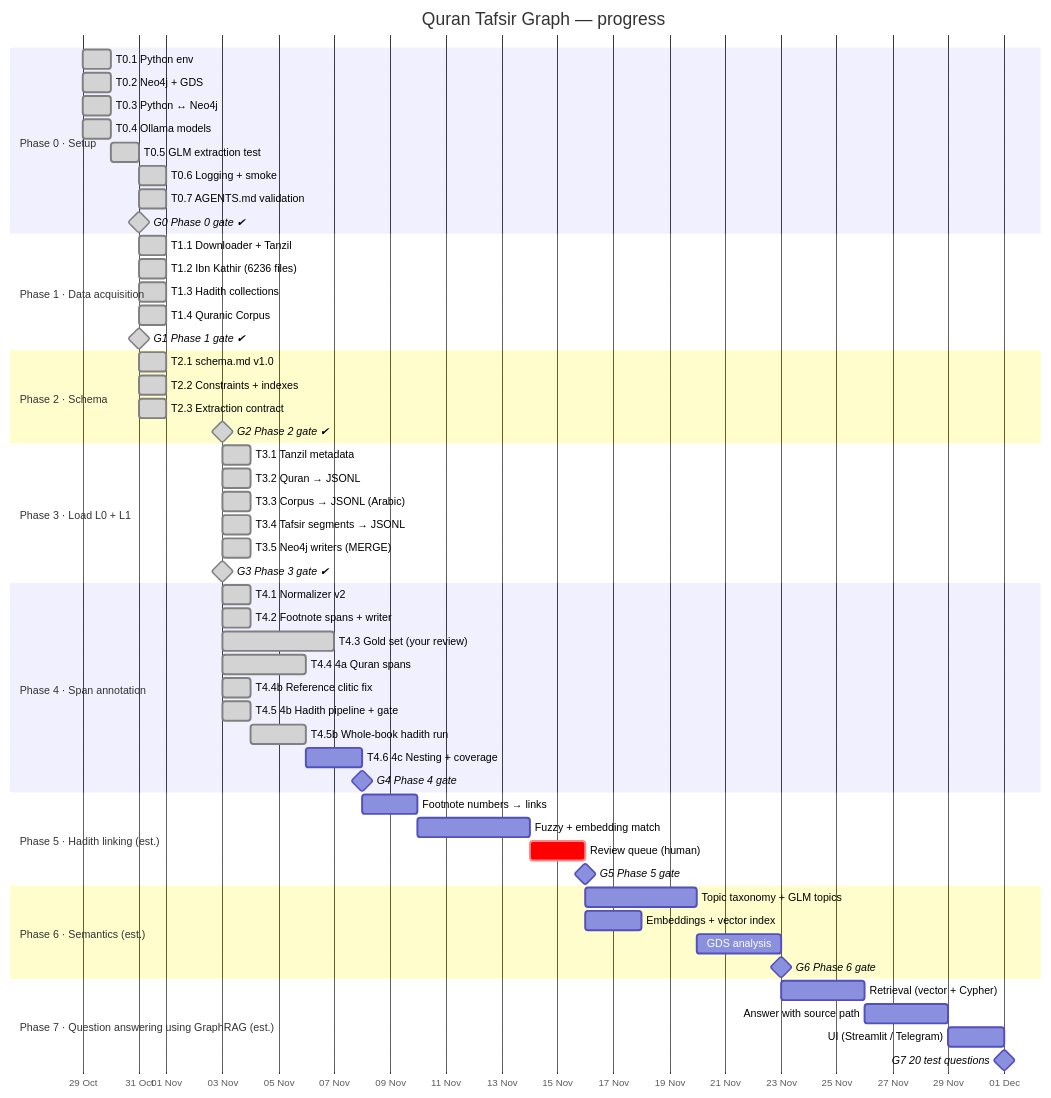
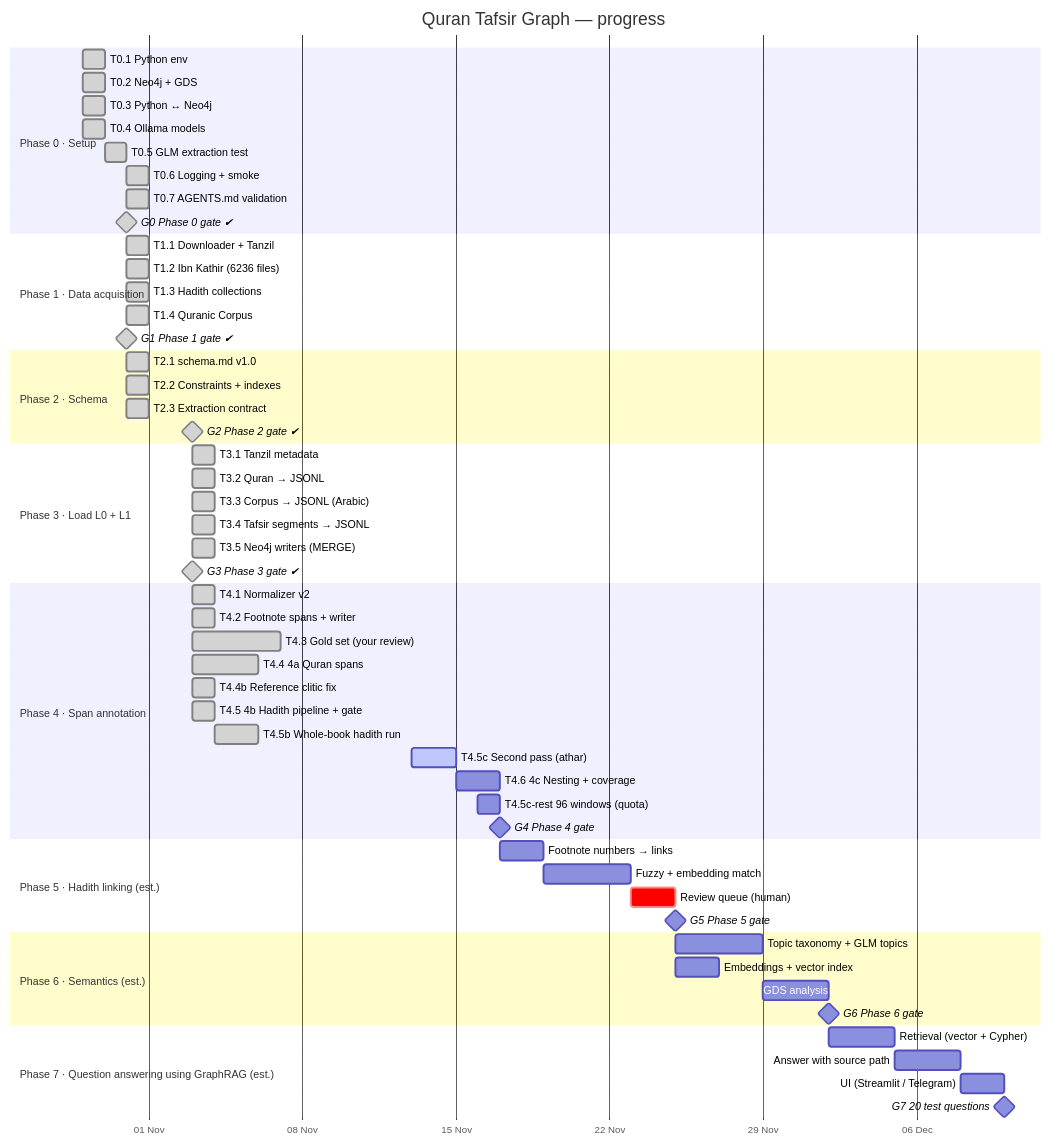
One commit to mohamed-soubhi/quran-graph changed the diagram in docs/GANTT.md. Above: the diagram before and after it, drawn with Mermaid. The commit also changed other lines of this file and 8 other files, not shown here.

First line of the commit message:
T4.5c: Claude review of the second pass; T4.5c-rest follow-up for 96 quota-stopped windows

````diff
--- a/docs/GANTT.md
+++ b/docs/GANTT.md
@@ -9,67 +9,69 @@
 ```mermaid
 gantt
     title Quran Tafsir Graph — progress
     dateFormat YYYY-MM-DD
     axisFormat %d %b
     todayMarker stroke-width:3px,stroke:#d33
 
     section Phase 0 · Setup
     T0.1 Python env                 :done, t01, 2026-10-29, 1d
     T0.2 Neo4j + GDS                :done, t02, 2026-10-29, 1d
     T0.3 Python ↔ Neo4j             :done, t03, 2026-10-29, 1d
     T0.4 Ollama models              :done, t04, 2026-10-29, 1d
     T0.5 GLM extraction test        :done, t05, 2026-10-30, 1d
     T0.6 Logging + smoke            :done, t06, 2026-10-31, 1d
     T0.7 AGENTS.md validation       :done, t07, 2026-10-31, 1d
     G0 Phase 0 gate ✔               :milestone, done, g0, 2026-10-31, 0d
 
     section Phase 1 · Data acquisition
     T1.1 Downloader + Tanzil        :done, t11, 2026-10-31, 1d
     T1.2 Ibn Kathir (6236 files)    :done, t12, 2026-10-31, 1d
     T1.3 Hadith collections         :done, t13, 2026-10-31, 1d
     T1.4 Quranic Corpus            :done, t14, 2026-10-31, 1d
     G1 Phase 1 gate ✔               :milestone, done, g1, 2026-10-31, 0d
 
     section Phase 2 · Schema
     T2.1 schema.md v1.0            :done, t21, 2026-10-31, 1d
     T2.2 Constraints + indexes      :done, t22, 2026-10-31, 1d
     T2.3 Extraction contract        :done, t23, 2026-10-31, 1d
     G2 Phase 2 gate ✔               :milestone, done, g2, 2026-11-03, 0d
 
     section Phase 3 · Load L0 + L1
     T3.1 Tanzil metadata            :done, t31, 2026-11-03, 1d
     T3.2 Quran → JSONL              :done, t32, 2026-11-03, 1d
     T3.3 Corpus → JSONL (Arabic)    :done, t33, 2026-11-03, 1d
     T3.4 Tafsir segments → JSONL    :done, t34, 2026-11-03, 1d
     T3.5 Neo4j writers (MERGE)      :done, p3b, 2026-11-03, 1d
     G3 Phase 3 gate ✔               :milestone, done, g3, 2026-11-03, 0d
 
     section Phase 4 · Span annotation
     T4.1 Normalizer v2              :done, t41, 2026-11-03, 1d
     T4.2 Footnote spans + writer    :done, t42, 2026-11-03, 1d
     T4.3 Gold set (your review)     :done, t43, 2026-11-03, 4d
     T4.4 4a Quran spans             :done, t44, 2026-11-03, 3d
     T4.4b Reference clitic fix      :done, t44b, 2026-11-03, 1d
     T4.5 4b Hadith pipeline + gate  :done, t45, 2026-11-03, 1d
     T4.5b Whole-book hadith run     :done, t45b, 2026-11-04, 2d
-    T4.6 4c Nesting + coverage      :p4c, after t45b, 2d
+    T4.5c Second pass (athar)       :active, t45c, 2026-11-13, 2d
+    T4.6 4c Nesting + coverage      :p4c, after t45c, 2d
+    T4.5c-rest 96 windows (quota)   :t45r, 2026-11-16, 1d
     G4 Phase 4 gate                 :milestone, g4, after p4c, 0d
 
     section Phase 5 · Hadith linking (est.)
     Footnote numbers → links        :p5a, after g4, 2d
     Fuzzy + embedding match         :p5b, after p5a, 4d
     Review queue (human)            :crit, p5c, after p5b, 2d
     G5 Phase 5 gate                 :milestone, g5, after p5c, 0d
 
     section Phase 6 · Semantics (est.)
     Topic taxonomy + GLM topics     :p6a, after g5, 4d
     Embeddings + vector index       :p6b, after g5, 2d
     GDS analysis                    :p6c, after p6a, 3d
     G6 Phase 6 gate                 :milestone, g6, after p6c, 0d
 
     section Phase 7 · Question answering using GraphRAG (est.)
     Retrieval (vector + Cypher)     :p7a, after g6, 3d
     Answer with source path         :p7b, after p7a, 3d
     UI (Streamlit / Telegram)       :p7c, after p7b, 2d
     G7 20 test questions            :milestone, g7, after p7c, 0d
 ```
````
